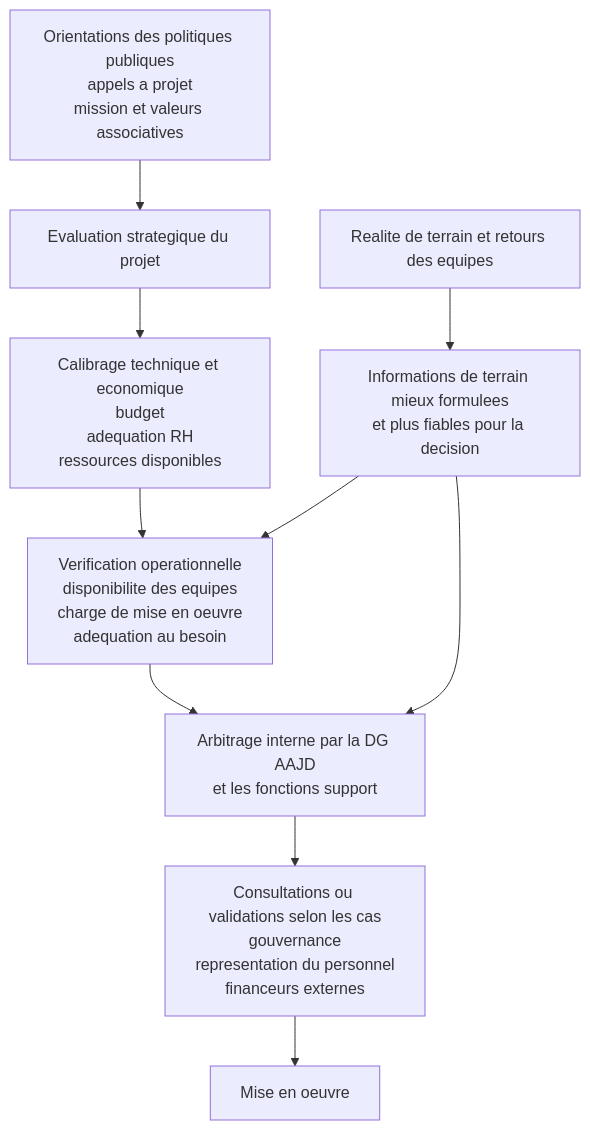
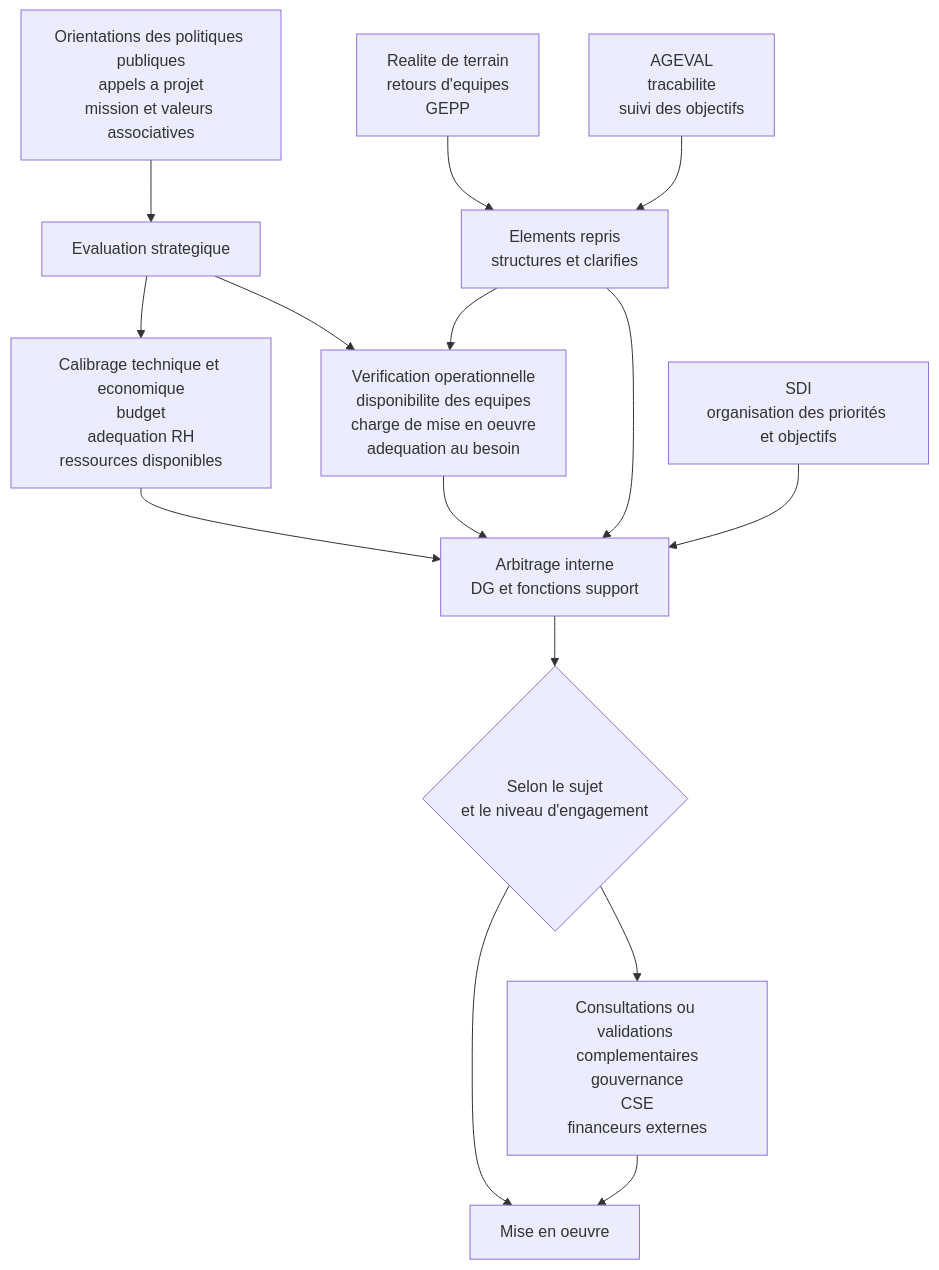
One commit to 21xhr/dmg-strategy changed the diagram in external-network/network-contacts/DG-AAJD-Stanislas-Faure/aajd-decision-structure-mermaid.md. Above: the diagram before and after it, drawn with Mermaid. The commit also changed 9 other files, not shown here.

````diff
--- a/external-network/network-contacts/DG-AAJD-Stanislas-Faure/aajd-decision-structure-mermaid.md
+++ b/external-network/network-contacts/DG-AAJD-Stanislas-Faure/aajd-decision-structure-mermaid.md
@@ -3,13 +3,20 @@
 ```mermaid
 flowchart TD
-    A[Orientations des politiques publiques<br/>appels a projet<br/>mission et valeurs associatives] --> B[Evaluation strategique du projet]
+    A[Orientations des politiques publiques<br/>appels a projet<br/>mission et valeurs associatives] --> B[Evaluation strategique]
     B --> C[Calibrage technique et economique<br/>budget<br/>adequation RH<br/>ressources disponibles]
-    C --> D[Verification operationnelle<br/>disponibilite des equipes<br/>charge de mise en oeuvre<br/>adequation au besoin]
-    D --> E[Arbitrage interne par la DG AAJD<br/>et les fonctions support]
-    E --> F[Consultations ou validations selon les cas<br/>gouvernance<br/>representation du personnel<br/>financeurs externes]
-    F --> G[Mise en oeuvre]
+    B --> D[Verification operationnelle<br/>disponibilite des equipes<br/>charge de mise en oeuvre<br/>adequation au besoin]
+    C --> E[Arbitrage interne<br/>DG et fonctions support]
+    D --> E
 
-    H[Realite de terrain et retours des equipes] --> I[Informations de terrain mieux formulees<br/>et plus fiables pour la decision]
+    H[Realite de terrain<br/>retours d'equipes<br/>GEPP] --> I[Elements repris<br/>structures et clarifies]
     I --> D
     I --> E
+
+    J[AGEVAL<br/>tracabilite<br/>suivi des objectifs] --> I
+    K[SDI<br/>organisation des priorités et objectifs] --> E
+
+    E --> L{Selon le sujet<br/>et le niveau d'engagement}
+    L --> M[Mise en oeuvre]
+    L --> N[Consultations ou validations complementaires<br/>gouvernance<br/>CSE<br/>financeurs externes]
+    N --> M
 ```
````
